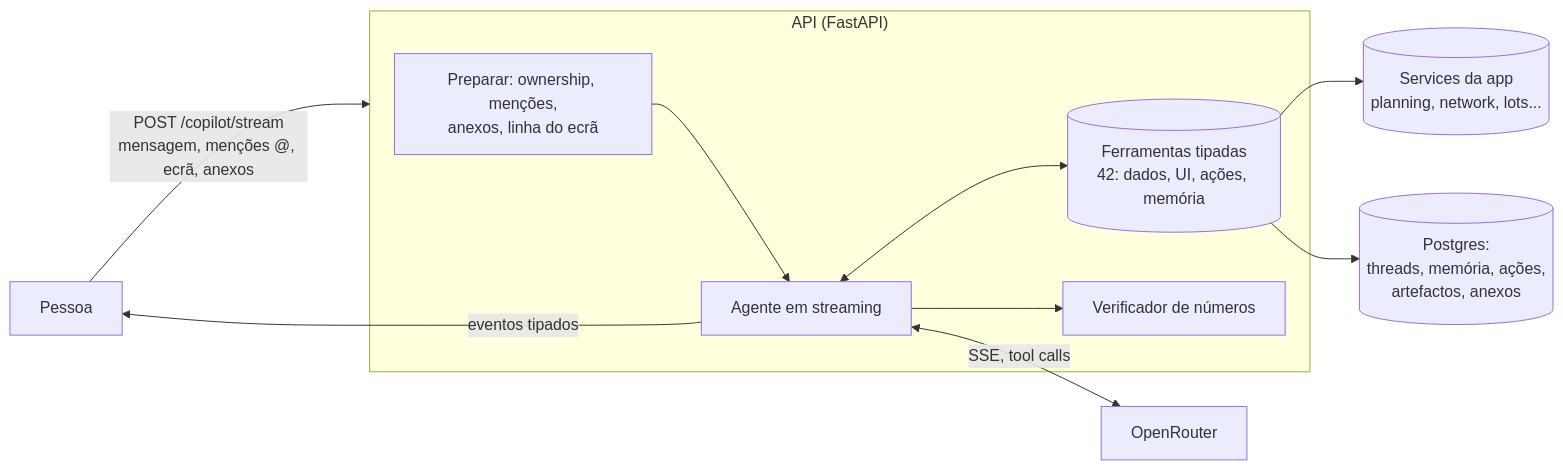
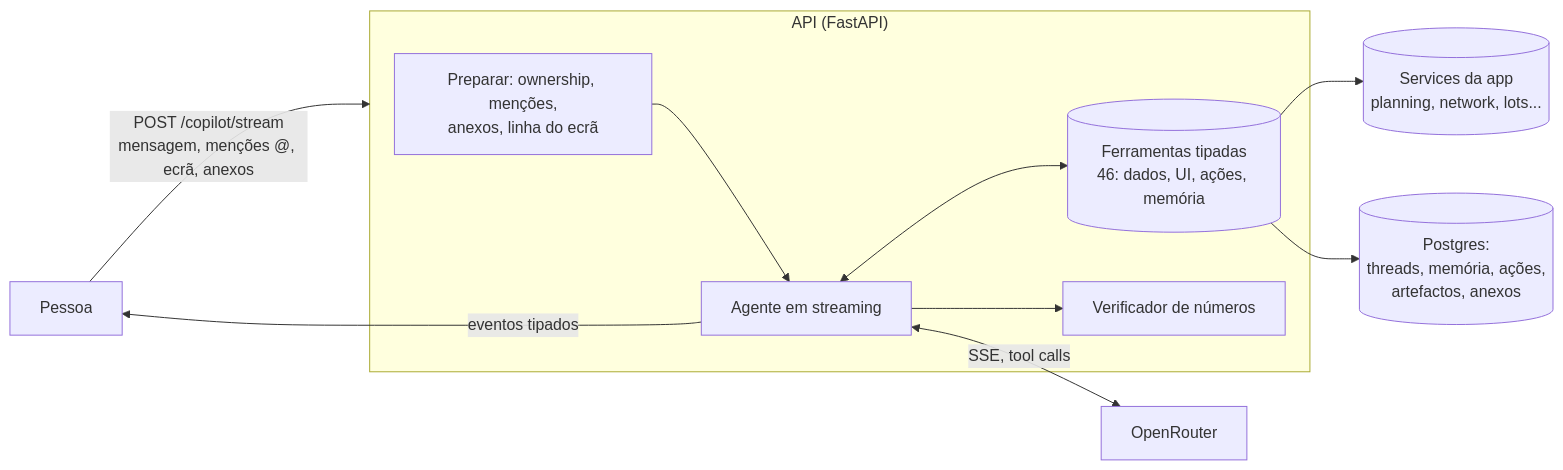
One commit to helderpgoncalves/novelo changed the first of 5 diagrams in docs/engenharia/copiloto.md. Above: the diagram before and after it, drawn with Mermaid. The commit also changed other lines of this file and 172 other files, not shown here.

````diff
--- a/docs/engenharia/copiloto.md
+++ b/docs/engenharia/copiloto.md
@@ -16,17 +16,17 @@
 ```mermaid
 flowchart LR
     U[Pessoa] -->|"POST /copilot/stream<br/>mensagem, menções @, ecrã, anexos"| API
     subgraph API["API (FastAPI)"]
         P[Preparar: ownership, menções,<br/>anexos, linha do ecrã]
         A[Agente em streaming]
-        T[(Ferramentas tipadas<br/>42: dados, UI, ações, memória)]
+        T[(Ferramentas tipadas<br/>46: dados, UI, ações, memória)]
         V[Verificador de números]
         P --> A
         A <--> T
         A --> V
     end
     A <-->|"SSE, tool calls"| OR[OpenRouter]
     T --> S[(Services da app<br/>planning, network, lots...)]
     T --> DB[(Postgres:<br/>threads, memória, ações,<br/>artefactos, anexos)]
     A -->|"eventos tipados"| U
 ```
````
